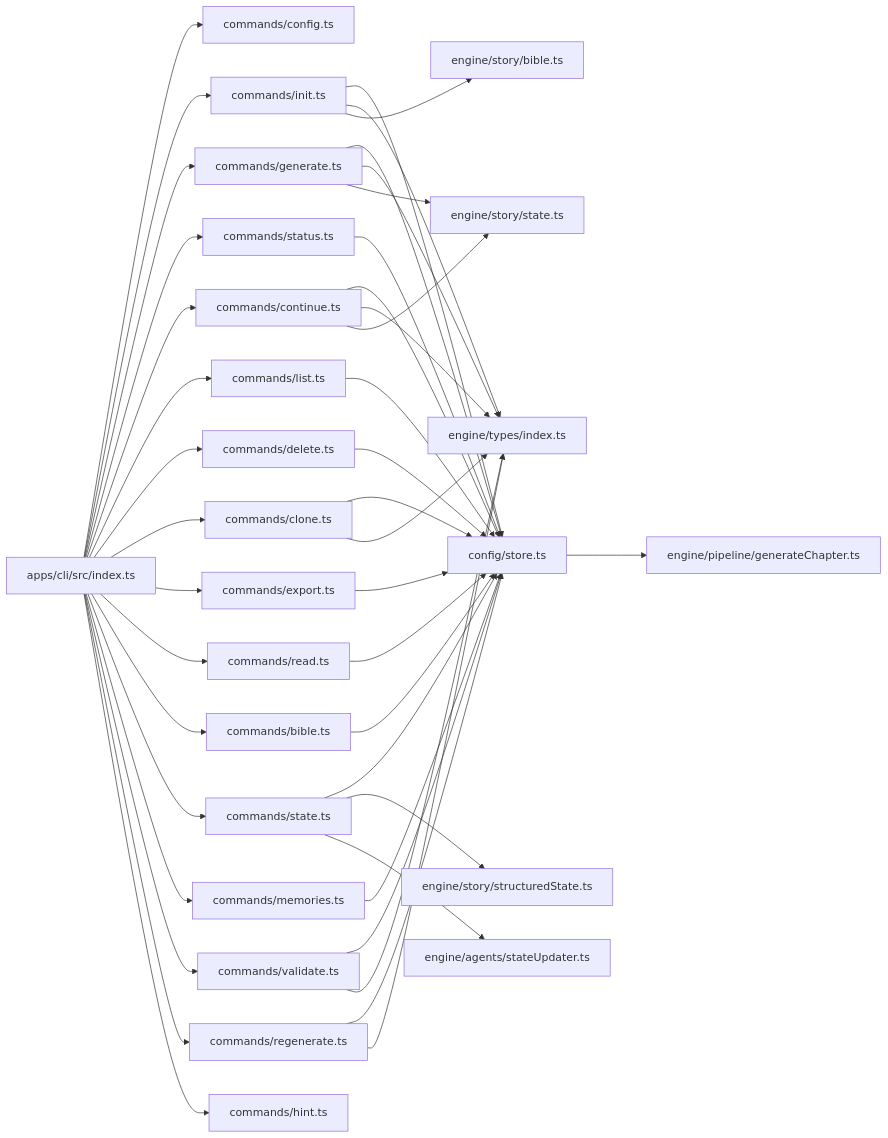
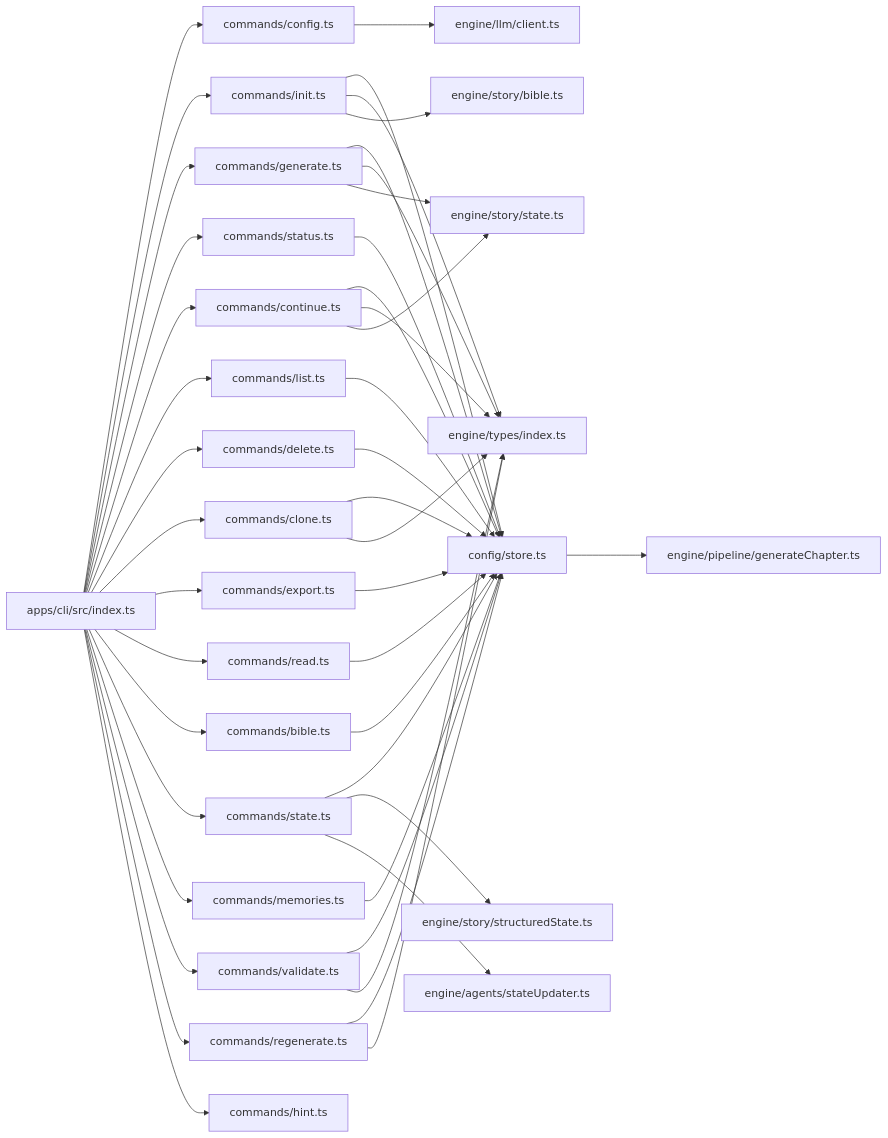
The third of 4 diagrams in .qoder/repowiki/en/content/CLI Command Reference.md (liwonder/NARRITIVE_OS), drawn with Mermaid before and after one commit. The commit also changed other lines of this file and 12 other files, not shown here.

````diff
--- a/.qoder/repowiki/en/content/CLI Command Reference.md
+++ b/.qoder/repowiki/en/content/CLI Command Reference.md
@@ -669,45 +696,46 @@
 ```mermaid
 graph LR
 CLI_INDEX["apps/cli/src/index.ts"] --> CMD_CONFIG["commands/config.ts"]
 CLI_INDEX --> CMD_INIT["commands/init.ts"]
 CLI_INDEX --> CMD_GENERATE["commands/generate.ts"]
 CLI_INDEX --> CMD_STATUS["commands/status.ts"]
 CLI_INDEX --> CMD_CONTINUE["commands/continue.ts"]
 CLI_INDEX --> CMD_LIST["commands/list.ts"]
 CLI_INDEX --> CMD_DELETE["commands/delete.ts"]
 CLI_INDEX --> CMD_CLONE["commands/clone.ts"]
 CLI_INDEX --> CMD_EXPORT["commands/export.ts"]
 CLI_INDEX --> CMD_READ["commands/read.ts"]
 CLI_INDEX --> CMD_BIBLE["commands/bible.ts"]
 CLI_INDEX --> CMD_STATE["commands/state.ts"]
 CLI_INDEX --> CMD_MEMORIES["commands/memories.ts"]
 CLI_INDEX --> CMD_VALIDATE["commands/validate.ts"]
 CLI_INDEX --> CMD_REGENERATE["commands/regenerate.ts"]
 CLI_INDEX --> CMD_HINT["commands/hint.ts"]
 CMD_INIT --> STORE["config/store.ts"]
 CMD_GENERATE --> STORE
 CMD_STATUS --> STORE
 CMD_CONTINUE --> STORE
 CMD_LIST --> STORE
 CMD_DELETE --> STORE
 CMD_CLONE --> STORE
 CMD_EXPORT --> STORE
 CMD_READ --> STORE
 CMD_BIBLE --> STORE
 CMD_STATE --> STORE
 CMD_MEMORIES --> STORE
 CMD_VALIDATE --> STORE
 CMD_REGENERATE --> STORE
 CMD_INIT --> TYPES["engine/types/index.ts"]
 CMD_GENERATE --> TYPES
 CMD_CONTINUE --> TYPES
 CMD_CLONE --> TYPES
 CMD_REGENERATE --> TYPES
 CMD_VALIDATE --> TYPES
 CMD_INIT --> STORY_BIBLE["engine/story/bible.ts"]
 CMD_GENERATE --> STORY_STATE["engine/story/state.ts"]
 CMD_CONTINUE --> STORY_STATE
 CMD_STATE --> STRUCTURED_STATE["engine/story/structuredState.ts"]
 CMD_STATE --> STATE_UPDATER["engine/agents/stateUpdater.ts"]
+CMD_CONFIG --> ENGINE_CLIENT["engine/llm/client.ts"]
 STORE --> GENERATE_PIPELINE["engine/pipeline/generateChapter.ts"]
 ```
````
